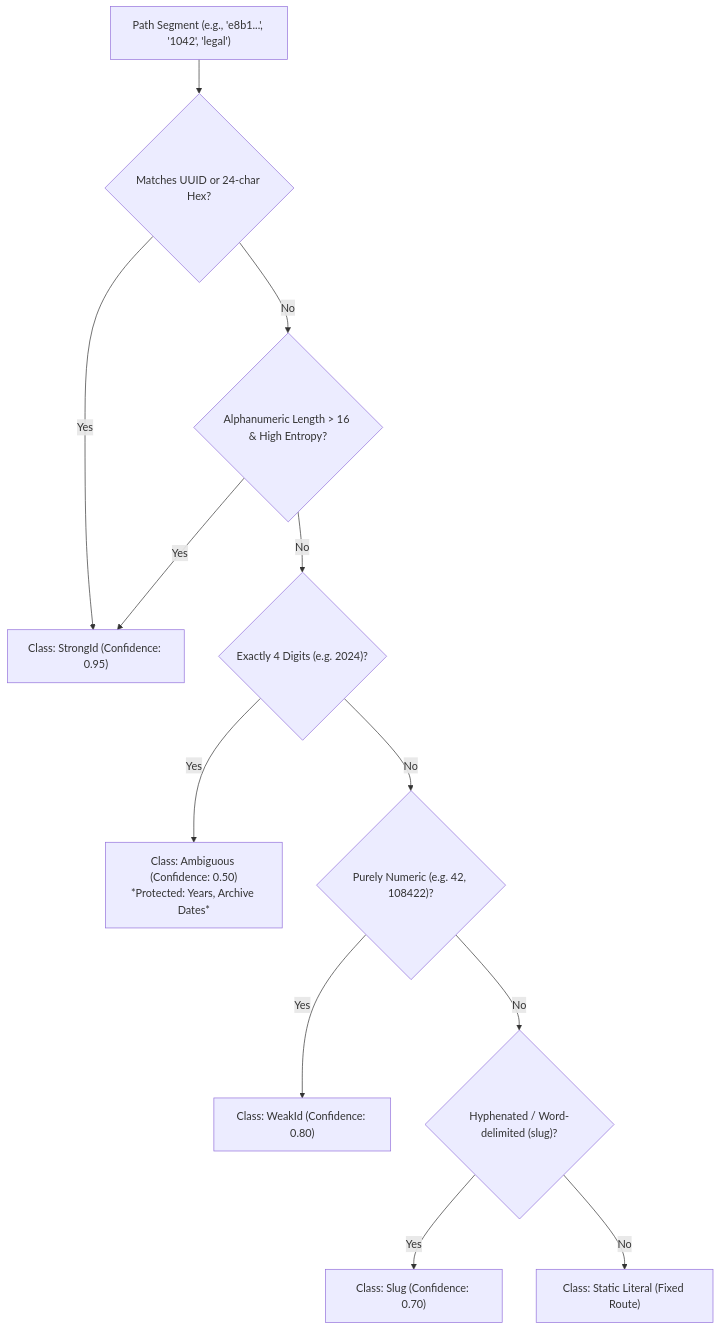
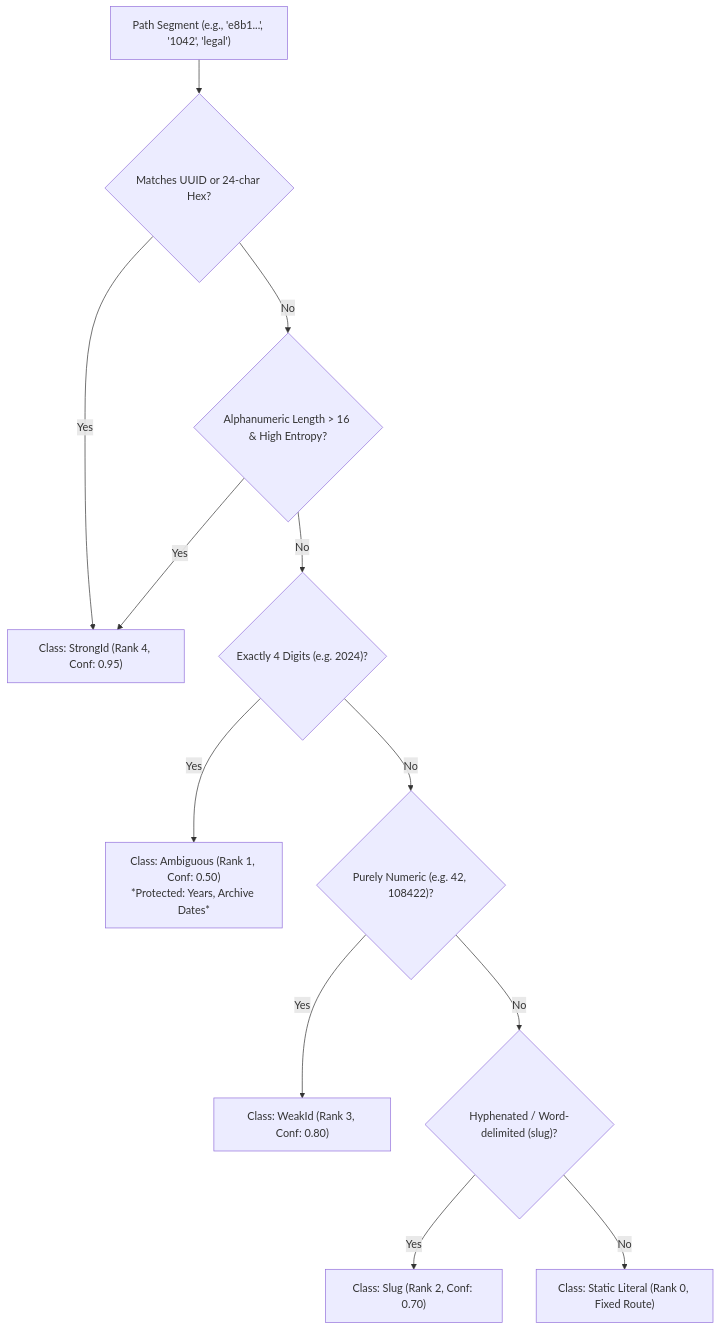
One commit to joelaniol/nova changed the second of 4 diagrams in docs/core-features/learning/task-url-coverage-tuc/pattern-grouping-and-sampling.md. Above: the diagram before and after it, drawn with Mermaid. The commit also changed other lines of this file and 9 other files, not shown here.

Commit message:
docs: fix LCJ formulas and LCJ/TOB diagrams

````diff
--- a/docs/core-features/learning/task-url-coverage-tuc/pattern-grouping-and-sampling.md
+++ b/docs/core-features/learning/task-url-coverage-tuc/pattern-grouping-and-sampling.md
@@ -28,26 +75,26 @@
 ```mermaid
 flowchart TD
     Segment["Path Segment (e.g., 'e8b1...', '1042', 'legal')"]
 
     UUIDCheck{"Matches UUID or 24-char Hex?"}
     HighEntropy{"Alphanumeric Length > 16 & High Entropy?"}
     FourDigitCheck{"Exactly 4 Digits (e.g. 2024)?"}
     NumericCheck{"Purely Numeric (e.g. 42, 108422)?"}
     SlugCheck{"Hyphenated / Word-delimited (slug)?"}
 
     Segment --> UUIDCheck
-    UUIDCheck -->|Yes| StrongId["Class: StrongId (Confidence: 0.95)"]
+    UUIDCheck -->|Yes| StrongId["Class: StrongId (Rank 4, Conf: 0.95)"]
     UUIDCheck -->|No| HighEntropy
 
     HighEntropy -->|Yes| StrongId
     HighEntropy -->|No| FourDigitCheck
 
-    FourDigitCheck -->|Yes| Ambiguous["Class: Ambiguous (Confidence: 0.50)<br/>*Protected: Years, Archive Dates*"]
+    FourDigitCheck -->|Yes| Ambiguous["Class: Ambiguous (Rank 1, Conf: 0.50)<br/>*Protected: Years, Archive Dates*"]
     FourDigitCheck -->|No| NumericCheck
 
-    NumericCheck -->|Yes| WeakId["Class: WeakId (Confidence: 0.80)"]
+    NumericCheck -->|Yes| WeakId["Class: WeakId (Rank 3, Conf: 0.80)"]
     NumericCheck -->|No| SlugCheck
 
-    SlugCheck -->|Yes| Slug["Class: Slug (Confidence: 0.70)"]
-    SlugCheck -->|No| StaticLiteral["Class: Static Literal (Fixed Route)"]
+    SlugCheck -->|Yes| Slug["Class: Slug (Rank 2, Conf: 0.70)"]
+    SlugCheck -->|No| StaticLiteral["Class: Static Literal (Rank 0, Fixed Route)"]
 ```
````
